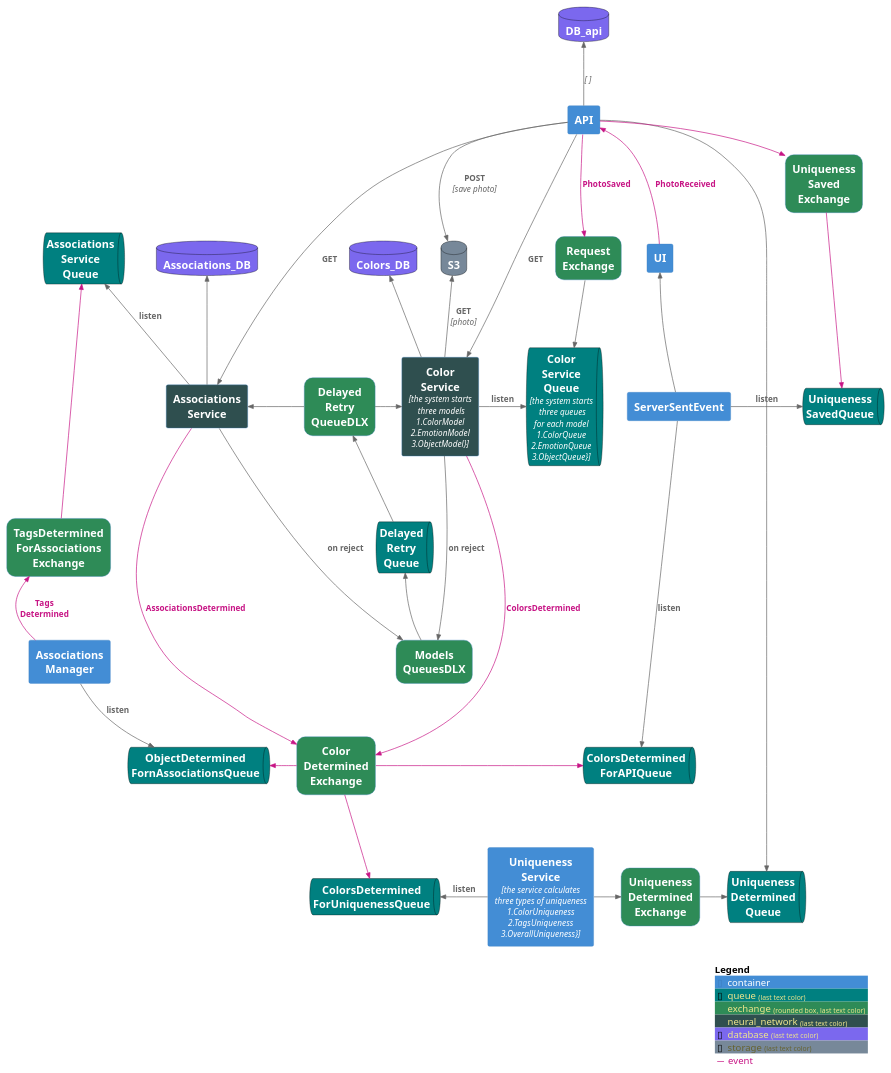
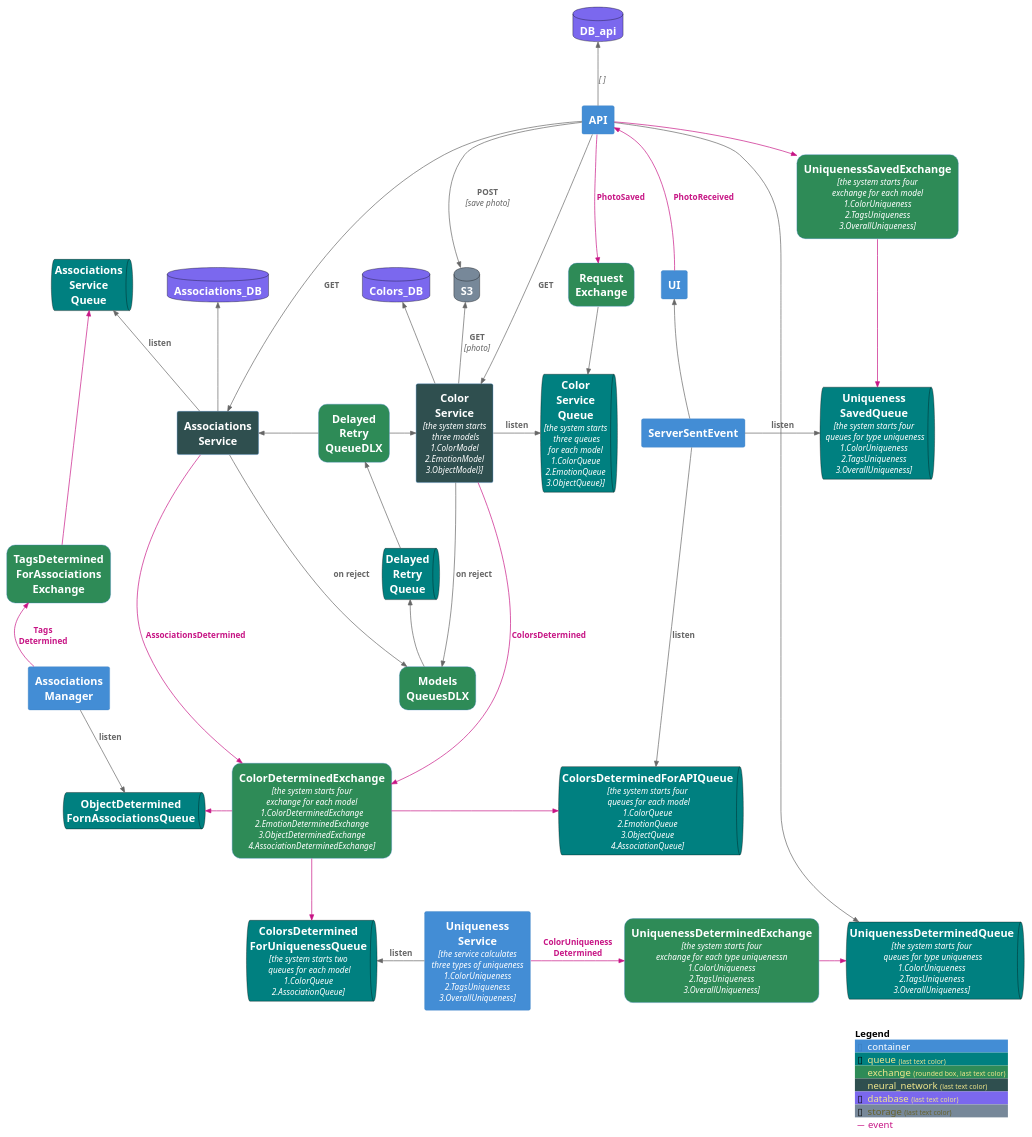
The diagram in system_components_diagram.puml (TourmalineCore/picachu-documentation), drawn with PlantUML before and after one commit. The commit also changed 1 other file, not shown here.

Commit message:
docs(plantuml): #85zrxapwf: add line labels on diagram

```diff
--- a/system_components_diagram.puml
+++ b/system_components_diagram.puml
@@ -1,146 +1,143 @@
 @startuml C4_Elements
 !include https://raw.githubusercontent.com/plantuml-stdlib/C4-PlantUML/master/C4_Container.puml
 HIDE_STEREOTYPE()
 
 AddElementTag("queue", $bgColor="Teal",$borderColor="black")
 AddElementTag("exchange", $bgColor="SeaGreen",$shape=RoundedBoxShape())
 AddElementTag("neural_network", $bgColor="DarkSlateGray")
 AddElementTag("database", $bgColor="MediumSlateBlue",$borderColor="black")
 AddElementTag("storage", $bgColor="LightSlateGray",$borderColor="black")
 AddRelTag("event", $textColor="MediumVioletRed", $lineColor="MediumVioletRed")
 
 Container(UI, "UI", "", "")
 Container(API, "API", "", "")
 Container(ServerSentEvent, "ServerSentEvent", "", "")
 
 ContainerQueue(ColorServiceQueue, "Color\nService\nQueue", "the system starts\n three queues\nfor each model\n1.ColorQueue\n2.EmotionQueue\n3.ObjectQueue}", "",$tags = "queue")
 ContainerQueue(AssociationsServiceQueue, "Associations\nService\nQueue", "", "",$tags = "queue")
 
-
-
 ContainerDb(S3, "S3", "", "",$tags="storage")
 ContainerDb(DB_api, "DB_api", "", "",$tags="database")
 ContainerDb(Associations_DB, "Associations_DB", "", "",$tags="database")
 ContainerDb(Colors_DB, "Colors_DB", "", "",$tags="database")
 
 ContainerQueue(DelayedRetryQueue, "Delayed\nRetry\nQueue", "", "",  $tags = "queue")
 Container(ColorService, "Color\nService", "the system starts\n three models\n1.ColorModel\n2.EmotionModel\n3.ObjectModel}", "",$tags="neural_network")
 
 Container(AssociationsManager, "Associations\nManager", "", "")
 
 
 Container(RequestExchange, "Request\nExchange", "", "", $tags ="exchange")
-Container(ColorDeterminedExchange, "Color\nDetermined\nExchange", "", "", $tags ="exchange")
-Container(UniquenessDeterminedExchange, "Uniqueness\nDetermined\nExchange", "", "", $tags ="exchange")
+Container(ColorDeterminedExchange, "ColorDeterminedExchange", "the system starts four \nexchange for each model\n1.ColorDeterminedExchange\n2.EmotionDeterminedExchange\n3.ObjectDeterminedExchange\n4.AssociationDeterminedExchange", "", $tags ="exchange")
+Container(UniquenessDeterminedExchange, "UniquenessDeterminedExchange", "the system starts four \nexchange for each type uniquenessn\n1.ColorUniqueness\n2.TagsUniqueness\n3.OverallUniqueness", "", $tags ="exchange")
 
-Container(UniquenessSavedExchange, "Uniqueness\nSaved\nExchange", "", "", $tags ="exchange")
-ContainerQueue(UniquenessSavedQueue, "Uniqueness\nSavedQueue", "", "",$tags = "queue")
+Container(UniquenessSavedExchange, "UniquenessSavedExchange", "the system starts four \nexchange for each model\n1.ColorUniqueness\n2.TagsUniqueness\n3.OverallUniqueness", "", $tags ="exchange")
+ContainerQueue(UniquenessSavedQueue, "Uniqueness\nSavedQueue", "the system starts four\n queues for type uniqueness\n1.ColorUniqueness\n2.TagsUniqueness\n3.OverallUniqueness", "",$tags = "queue")
 
 
 Container(ModelsQueuesDLX, "Models\nQueuesDLX", "", "",$tags ="exchange")
 Container(DelayedRetryQueueDLX, "Delayed\nRetry\nQueueDLX", "", "",$tags ="exchange")
 
-ContainerQueue(ColorsDeterminedForAPIQueue, "ColorsDetermined\nForAPIQueue", "", "",$tags = "queue")
-ContainerQueue(ColorsDeterminedForUniquenessQueue, "ColorsDetermined\nForUniquenessQueue", "", "",$tags = "queue")
+ContainerQueue(ColorsDeterminedForAPIQueue, "ColorsDeterminedForAPIQueue", "the system starts four\n queues for each model\n1.ColorQueue\n2.EmotionQueue\n3.ObjectQueue\n4.AssociationQueue", "",$tags = "queue")
+ContainerQueue(ColorsDeterminedForUniquenessQueue, "ColorsDetermined\nForUniquenessQueue", "the system starts two\n queues for each model\n1.ColorQueue\n2.AssociationQueue", "",$tags = "queue")
 
 Container(TagsDeterminedForAssociationsExchange, "TagsDetermined\nForAssociations\nExchange", "", "", $tags ="exchange")
 
 ContainerQueue(ObjectDeterminedForAssociationsQueue, "ObjectDetermined\nFornAssociationsQueue", "", "",$tags = "queue")
 Container(AssociationsService, "Associations\nService", "", "",$tags="neural_network")
 
-Container(UniquenessService, "Uniqueness\nService", "the service calculates\nthree types of uniqueness \n1.ColorUniqueness\n2.TagsUniqueness\n3.OverallUniqueness}", "")
-ContainerQueue(UniquenessDeterminedQueue, "Uniqueness\nDetermined\nQueue", "", "",$tags = "queue")
+Container(UniquenessService, "Uniqueness\nService", "the service calculates\nthree types of uniqueness \n1.ColorUniqueness\n2.TagsUniqueness\n3.OverallUniqueness", "")
+ContainerQueue(UniquenessDeterminedQueue, "UniquenessDeterminedQueue", "the system starts four\n queues for type uniqueness\n1.ColorUniqueness\n2.TagsUniqueness\n3.OverallUniqueness", "",$tags = "queue")
 
 Rel_L(UI, API, "PhotoReceived", "",$tags ="event")
 Rel_D(API, S3, "POST", "save photo")
 Rel_U(API, DB_api, " ", " ")
 Rel_D(API, RequestExchange, "PhotoSaved", "",$tags ="event")
 
 Rel_D(RequestExchange, ColorServiceQueue, " ", "")
 Rel_R(ColorService, ColorServiceQueue, "listen", "")
 Rel_U(ColorService, S3, "GET", "photo")
 
 Rel_R(DelayedRetryQueueDLX, ColorService, " ", "")
 Rel_L(DelayedRetryQueueDLX, AssociationsService, " ", "")
 
 Rel_U(ColorService, Colors_DB, " ", "")
 Rel_U(AssociationsService,Associations_DB,  " ", "")
 
 Rel_D(API, ColorService,  "GET", "")
 Rel_D(API, AssociationsService,  "GET", "")
 
 Lay_R(ColorService,DelayedRetryQueueDLX)
 
 
 Rel_D(ColorService, ModelsQueuesDLX, "on reject", "")
 Rel_D(AssociationsService, ModelsQueuesDLX, "on reject", "")
 
 
 Rel_U(ModelsQueuesDLX, DelayedRetryQueue, " ", "")
 
 Lay_U(DelayedRetryQueue,DelayedRetryQueueDLX)
 Lay_U(DelayedRetryQueue,ColorService)
 Rel_U(DelayedRetryQueue, DelayedRetryQueueDLX, " ", "")
 
 
 Rel(ColorService, ColorDeterminedExchange, "ColorsDetermined", "",$tags ="event")
 Rel_D(AssociationsService, ColorDeterminedExchange, "AssociationsDetermined", "",$tags ="event")
 
 Lay_D(AssociationsService,ColorDeterminedExchange)
 Lay_D(DelayedRetryQueueDLX,ColorDeterminedExchange)
 Lay_D(DelayedRetryQueue,ColorDeterminedExchange)
 Lay_D(ModelsQueuesDLX,ColorDeterminedExchange)
 Lay_D(DelayedRetryQueue,ModelsQueuesDLX)
 
 
 Rel_R(ColorDeterminedExchange, ColorsDeterminedForAPIQueue, " ", "",$tags ="event")
 Rel_R(ColorDeterminedExchange, ObjectDeterminedForAssociationsQueue, " ", "",$tags ="event")
 Rel_R(ColorDeterminedExchange, ColorsDeterminedForUniquenessQueue, " ", "",$tags ="event")
 
 
 
 Lay_R(ColorDeterminedExchange,ObjectDeterminedForAssociationsQueue)
 
 
 Lay_L(ColorsDeterminedForUniquenessQueue,ObjectDeterminedForAssociationsQueue)
 
 Lay_L(ColorDeterminedExchange,ObjectDeterminedForAssociationsQueue)
 
 
 Lay_D(AssociationsManager,ObjectDeterminedForAssociationsQueue)
 Lay_U(AssociationsManager,TagsDeterminedForAssociationsExchange)
 
 Rel_R(AssociationsManager, ObjectDeterminedForAssociationsQueue, "listen", "")
 
 Rel_U(AssociationsService, AssociationsServiceQueue, "listen", "")
 
 Rel_U(AssociationsManager, TagsDeterminedForAssociationsExchange, "Tags\nDetermined", "",$tags ="event")
 
 Rel_U(TagsDeterminedForAssociationsExchange,AssociationsServiceQueue, " ", "",$tags ="event")
 
 
 Rel_L(UniquenessService, ColorsDeterminedForUniquenessQueue, "listen", "")
 
-Rel_R(UniquenessService, UniquenessDeterminedExchange, " ", "")
+Rel_R(UniquenessService, UniquenessDeterminedExchange, "ColorUniqueness\nDetermined", "",$tags ="event")
 
 Lay_L(ColorsDeterminedForUniquenessQueue,DelayedRetryQueue)
-Rel_R(UniquenessDeterminedExchange, UniquenessDeterminedQueue, " ", "")
+Rel_R(UniquenessDeterminedExchange, UniquenessDeterminedQueue, " ", "",,$tags ="event")
 
 Rel_R(API, UniquenessDeterminedQueue, " ", "")
 
 Rel_R(ServerSentEvent, ColorsDeterminedForAPIQueue, "listen", "")
 
 Lay_D(ColorsDeterminedForAPIQueue,ColorsDeterminedForUniquenessQueue)
 
 Lay_R(ServerSentEvent,UI)
 
 Lay_R(RequestExchange,UI)
 Rel_U(ServerSentEvent, UI, " ", "")
 
 Rel_R(ServerSentEvent, UniquenessSavedQueue, "listen", "")
 Rel_D(UniquenessSavedExchange, UniquenessSavedQueue, " ", "",$tags ="event")
 Rel_R(API,UniquenessSavedExchange, " ", "",$tags ="event")
 
-
 SHOW_LEGEND(false)
 @enduml
```
